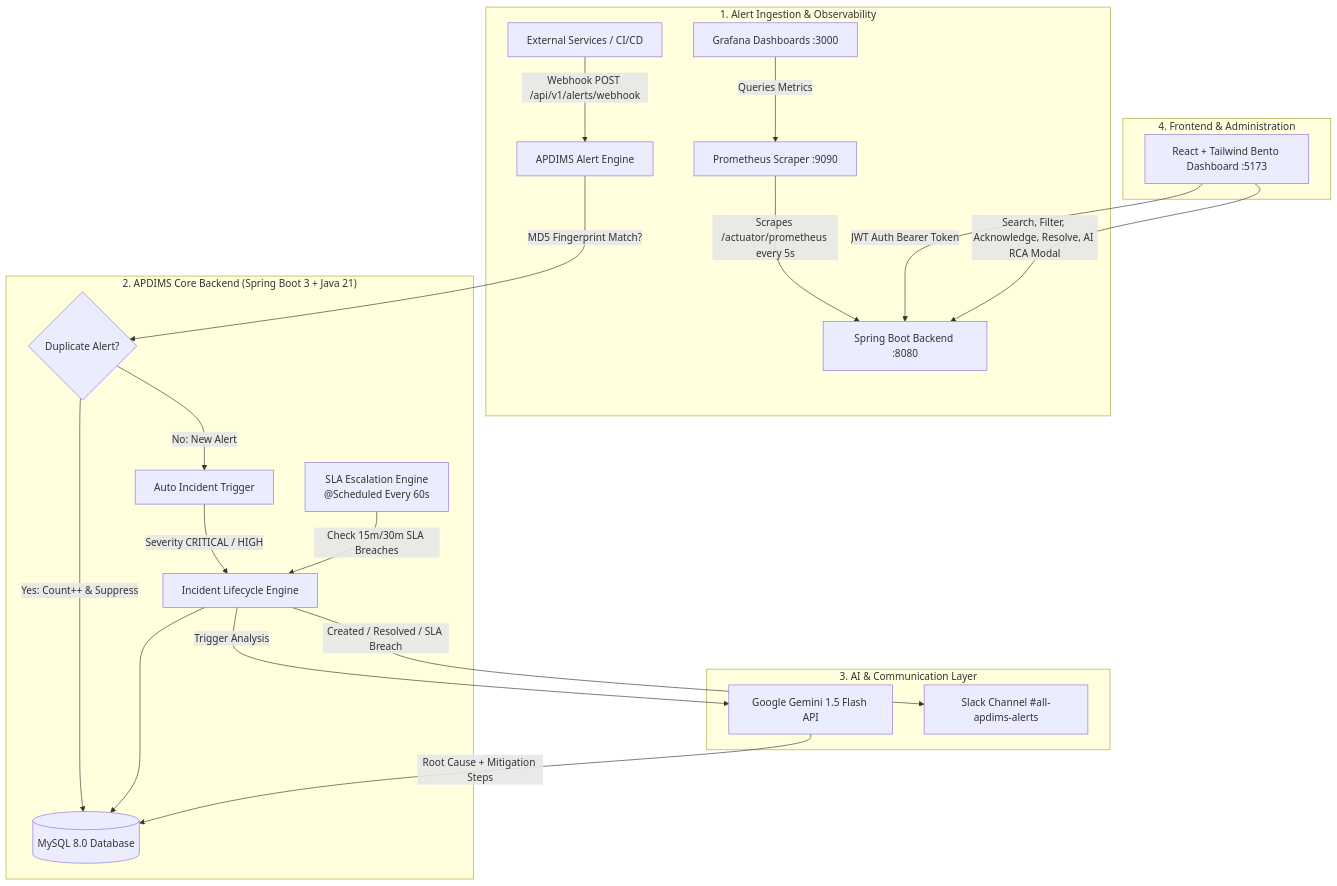
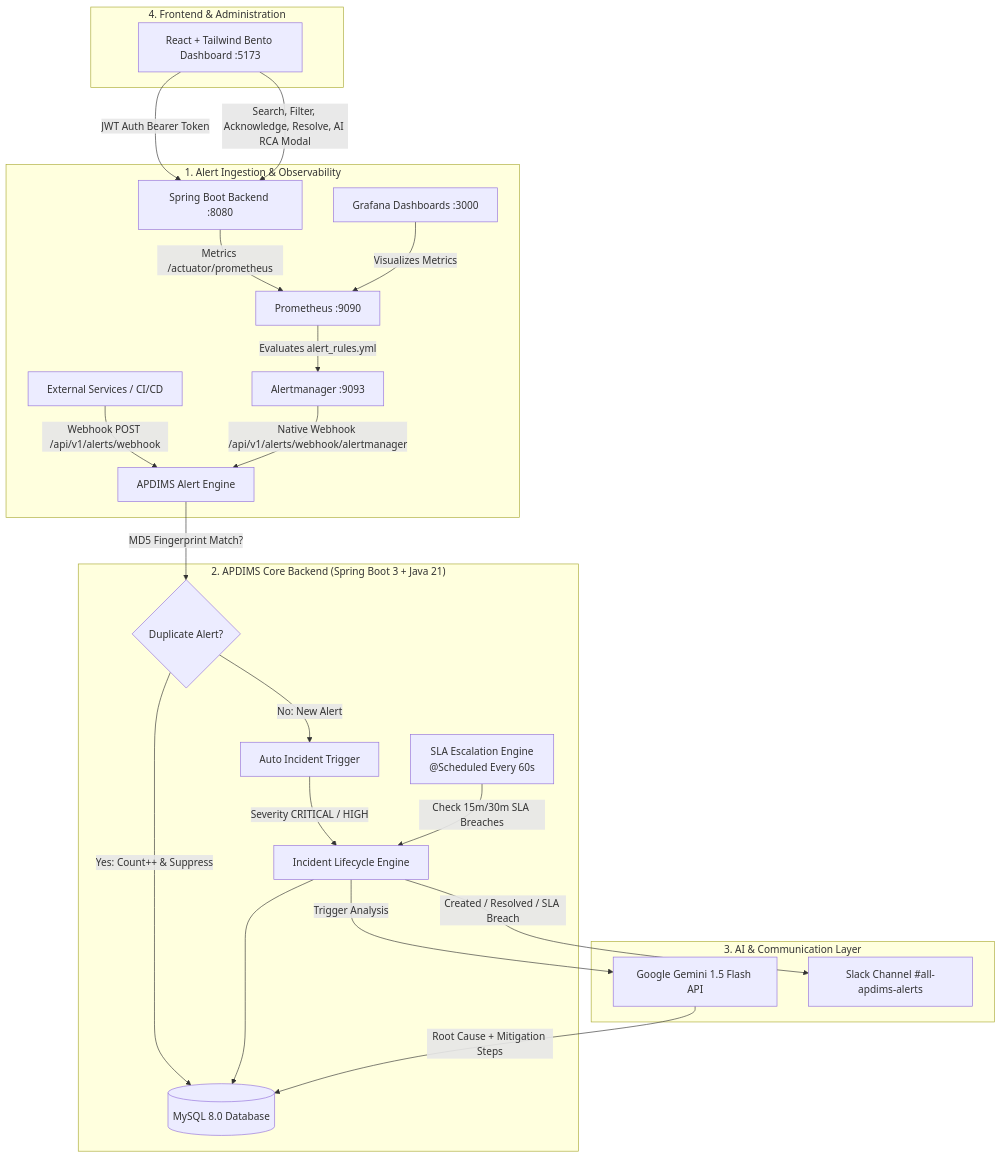
One commit to Darshannn007/AI-Powered-DevOps-Incident-Management-System changed the diagram in README.md. Above: the diagram before and after it, drawn with Mermaid. The commit also changed other lines of this file and 8 other files, not shown here.

Commit message:
feat(observability): integrate native Prometheus Alertmanager webhook with alerting rules

````diff
--- a/README.md
+++ b/README.md
@@ -24,29 +24,31 @@
 ```mermaid
 flowchart TD
     subgraph Ingestion ["1. Alert Ingestion & Observability"]
         A1[External Services / CI/CD] -->|Webhook POST /api/v1/alerts/webhook| B[APDIMS Alert Engine]
-        A2[Prometheus Scraper :9090] -->|Scrapes /actuator/prometheus every 5s| SB[Spring Boot Backend :8080]
-        G[Grafana Dashboards :3000] -->|Queries Metrics| A2
+        SB[Spring Boot Backend :8080] -->|Metrics /actuator/prometheus| A2[Prometheus :9090]
+        A2 -->|Evaluates alert_rules.yml| AM[Alertmanager :9093]
+        AM -->|Native Webhook /api/v1/alerts/webhook/alertmanager| B
+        G[Grafana Dashboards :3000] -->|Visualizes Metrics| A2
     end
 
     subgraph Core ["2. APDIMS Core Backend (Spring Boot 3 + Java 21)"]
         B -->|MD5 Fingerprint Match?| C{Duplicate Alert?}
         C -->|Yes: Count++ & Suppress| DB[(MySQL 8.0 Database)]
         C -->|No: New Alert| D[Auto Incident Trigger]
         D -->|Severity CRITICAL / HIGH| E[Incident Lifecycle Engine]
         E --> DB
         
         SCHED[SLA Escalation Engine<br/>@Scheduled Every 60s] -->|Check 15m/30m SLA Breaches| E
     end
 
     subgraph Intelligence ["3. AI & Communication Layer"]
         E -->|Trigger Analysis| AI[Google Gemini 1.5 Flash API]
         AI -->|Root Cause + Mitigation Steps| DB
         E -->|Created / Resolved / SLA Breach| SLACK[Slack Channel #all-apdims-alerts]
     end
 
     subgraph Client ["4. Frontend & Administration"]
         FE[React + Tailwind Bento Dashboard :5173] -->|JWT Auth Bearer Token| SB
         FE -->|Search, Filter, Acknowledge, Resolve, AI RCA Modal| SB
     end
 ```
````
